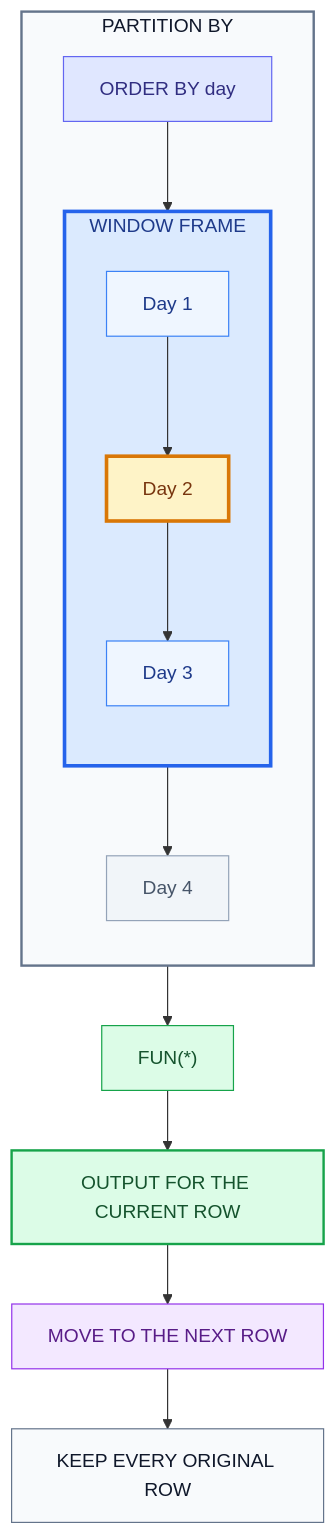
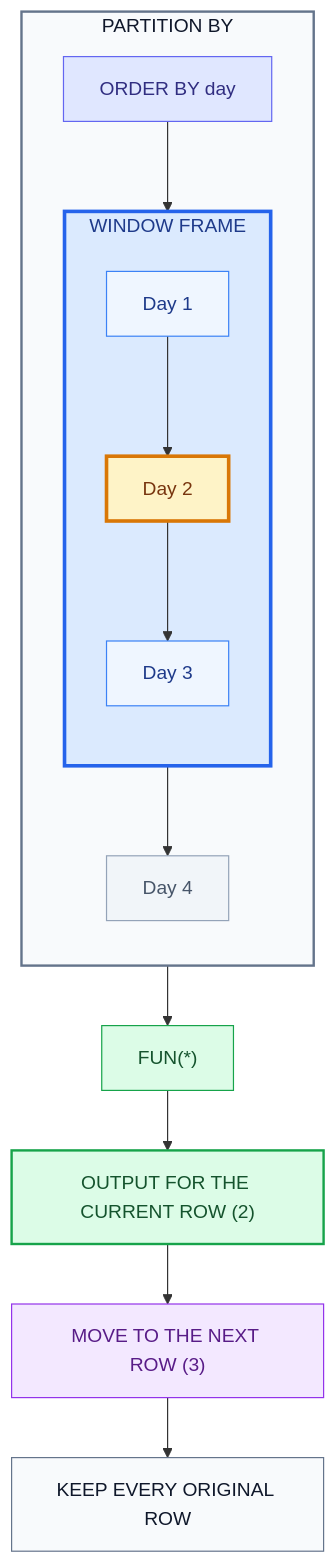
The first of 3 diagrams in lectures/8a.qmd (inqs909/d300_f26), drawn with Mermaid before and after one commit. The commit also changed other lines of this file and 14 other files, not shown here.

````diff
--- a/lectures/8a.qmd
+++ b/lectures/8a.qmd
@@ -32,46 +40,46 @@
 ```{mermaid}
 %%| fig-width: 4
 %%| fig-responsive: false
 %%| fig-align: center
 
 flowchart TB
     subgraph P["PARTITION BY"]
         direction TB
 
         O["ORDER BY day"]
 
         subgraph W["WINDOW FRAME "]
             direction TB
             D1["Day 1"]
             D2["Day 2"]
             D3["Day 3"]
 
             D1 --> D2 --> D3
         end
 
         D4["Day 4"]
 
         O --> D1
         D3 --> D4
     end
 
     W --> C["FUN(*)"]
 
-    C --> R["OUTPUT FOR THE CURRENT ROW"]
+    C --> R["OUTPUT FOR THE CURRENT ROW (2)"]
 
-    R --> M["MOVE TO THE NEXT ROW"]
+    R --> M["MOVE TO THE NEXT ROW (3)"]
 
     M --> K["KEEP EVERY ORIGINAL ROW"]
 
     style P fill:#f8fafc,stroke:#64748b,stroke-width:2px,color:#0f172a
     style W fill:#dbeafe,stroke:#2563eb,stroke-width:3px,color:#1e3a8a
     style O fill:#e0e7ff,stroke:#6366f1,color:#312e81
     style D1 fill:#eff6ff,stroke:#3b82f6,color:#1e3a8a
     style D2 fill:#fef3c7,stroke:#d97706,stroke-width:3px,color:#78350f
     style D3 fill:#eff6ff,stroke:#3b82f6,color:#1e3a8a
     style D4 fill:#f1f5f9,stroke:#94a3b8,color:#475569
     style C fill:#dcfce7,stroke:#16a34a,color:#14532d
     style R fill:#dcfce7,stroke:#16a34a,stroke-width:2px,color:#14532d
     style M fill:#f3e8ff,stroke:#9333ea,color:#581c87
     style K fill:#f8fafc,stroke:#64748b,color:#0f172a
 ```
````
